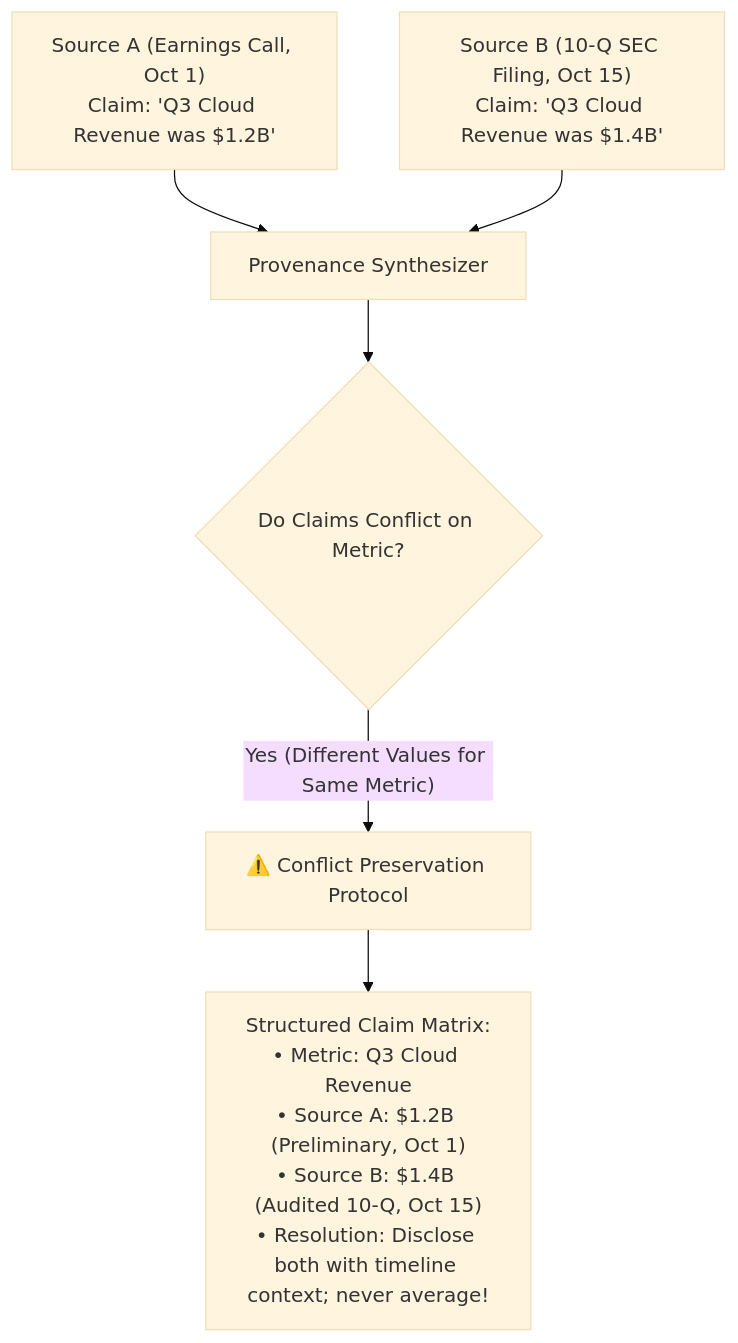
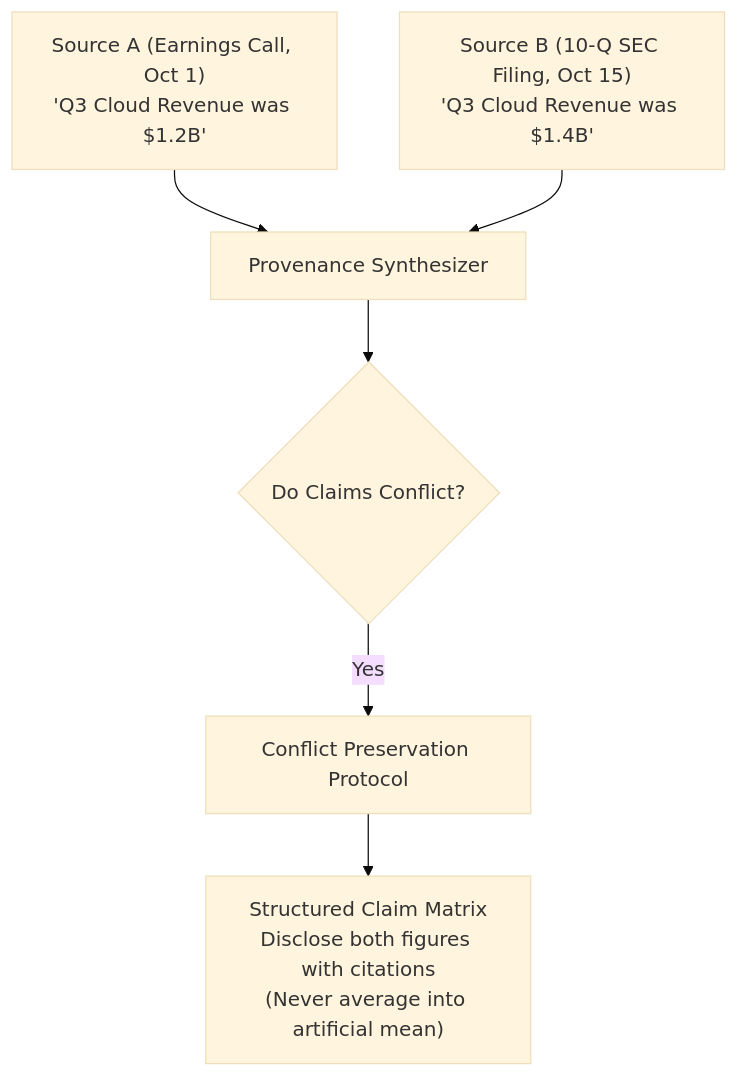
Before and after one commit to dip4k/claude_cert_architect_foundation_prep: the diagram in domain5/ts_5_6_provenance_and_uncertainty/README.md, drawn with Mermaid (base theme). The commit also changed 30 other files, not shown here.

Commit message:
docs: enhance domain and scenario guides with exam rules, golden rules, and simplified GitHub mermaid diagrams

````diff
--- a/domain5/ts_5_6_provenance_and_uncertainty/README.md
+++ b/domain5/ts_5_6_provenance_and_uncertainty/README.md
@@ -10,11 +10,11 @@
 ```mermaid
 flowchart TD
-    SourceA["Source A (Earnings Call, Oct 1)<br/>Claim: 'Q3 Cloud Revenue was $1.2B'"] --> Synthesizer["Provenance Synthesizer"]
-    SourceB["Source B (10-Q SEC Filing, Oct 15)<br/>Claim: 'Q3 Cloud Revenue was $1.4B'"] --> Synthesizer
+    SourceA["Source A (Earnings Call, Oct 1)<br/>'Q3 Cloud Revenue was $1.2B'"] --> Synthesizer["Provenance Synthesizer"]
+    SourceB["Source B (10-Q SEC Filing, Oct 15)<br/>'Q3 Cloud Revenue was $1.4B'"] --> Synthesizer
     
-    Synthesizer --> ConflictDetector{"Do Claims Conflict on Metric?"}
+    Synthesizer --> ConflictDetector{"Do Claims Conflict?"}
     
-    ConflictDetector -- "Yes (Different Values for Same Metric)" --> PreserveConflict["⚠️ Conflict Preservation Protocol"]
+    ConflictDetector -- "Yes" --> PreserveConflict["Conflict Preservation Protocol"]
     
-    PreserveConflict --> Out["Structured Claim Matrix:<br/>• Metric: Q3 Cloud Revenue<br/>• Source A: $1.2B (Preliminary, Oct 1)<br/>• Source B: $1.4B (Audited 10-Q, Oct 15)<br/>• Resolution: Disclose both with timeline context; never average!"]
+    PreserveConflict --> Out["Structured Claim Matrix<br/>Disclose both figures with citations<br/>(Never average into artificial mean)"]
 ```
````
